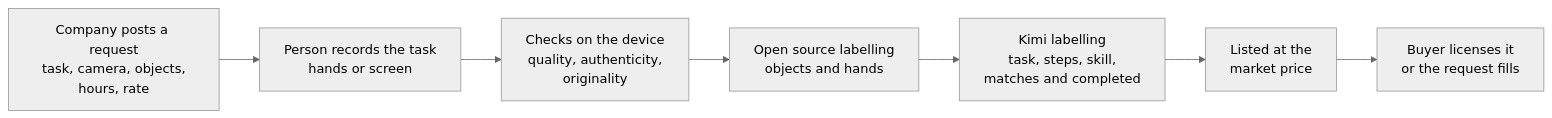
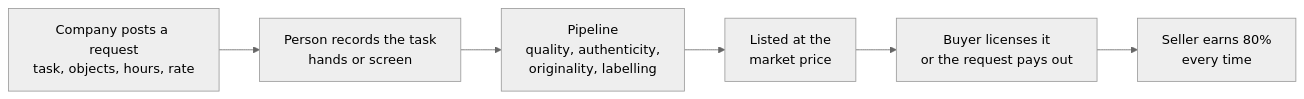
The first of 3 diagrams in README.md (KarinaKKarinaK/hk-ai-summit-hackathon), drawn with Mermaid (neutral theme) before and after one commit. The commit also changed other lines of this file and 19 other files, not shown here.

````diff
--- a/README.md
+++ b/README.md
@@ -63,9 +37,8 @@
 ```mermaid
 flowchart LR
-    B[Company posts a request<br/>task, camera, objects,<br/>hours, rate] --> W[Person records the task<br/>hands or screen]
-    W --> Q[Checks on the device<br/>quality, authenticity,<br/>originality]
-    Q --> O[Open source labelling<br/>objects and hands]
-    O --> M[Kimi labelling<br/>task, steps, skill,<br/>matches and completed]
-    M --> L[Listed at the<br/>market price]
-    L --> S[Buyer licenses it<br/>or the request fills]
+    B[Company posts a request<br/>task, objects, hours, rate] --> W[Person records the task<br/>hands or screen]
+    W --> P[Pipeline<br/>quality, authenticity,<br/>originality, labelling]
+    P --> L[Listed at the<br/>market price]
+    L --> S[Buyer licenses it<br/>or the request pays out]
+    S --> E[Seller earns 80%<br/>every time]
 ```
````
